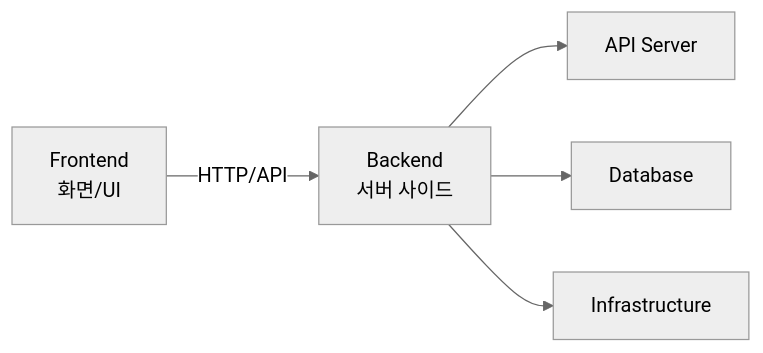
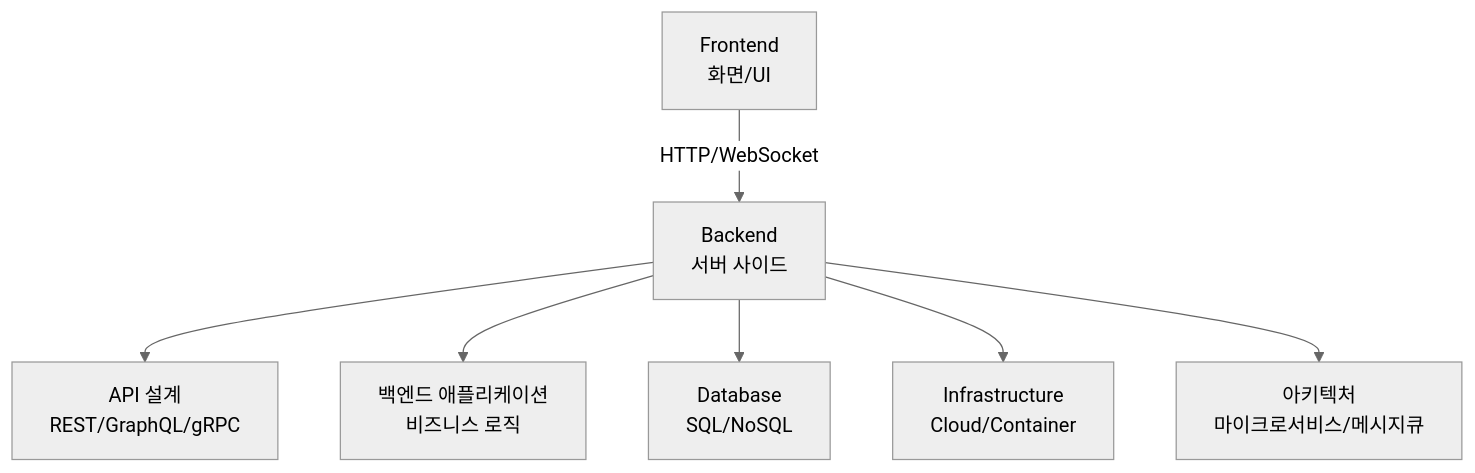
Before and after one commit to lmmj1221/senior_mhealth_lecture: the first of 52 diagrams in docs/backend.md, drawn with Mermaid (neutral theme). The commit also changed other lines of this file, not shown here.

````diff
--- a/docs/backend.md
+++ b/docs/backend.md
@@ -34,7 +34,10 @@
 ```mermaid
-graph LR
-    A[Frontend<br/>화면/UI] -->|HTTP/API| B[Backend<br/>서버 사이드]
-    B --> C[API Server]
-    B --> D[Database]
-    B --> E[Infrastructure]
+graph TB
+    A[Frontend<br/>화면/UI] -->|HTTP/WebSocket| B[Backend<br/>서버 사이드]
+
+    B --> C[API 설계<br/>REST/GraphQL/gRPC]
+    B --> D[백엔드 애플리케이션<br/>비즈니스 로직]
+    B --> E[Database<br/>SQL/NoSQL]
+    B --> F[Infrastructure<br/>Cloud/Container]
+    B --> G[아키텍처<br/>마이크로서비스/메시지큐]
 ```
````
